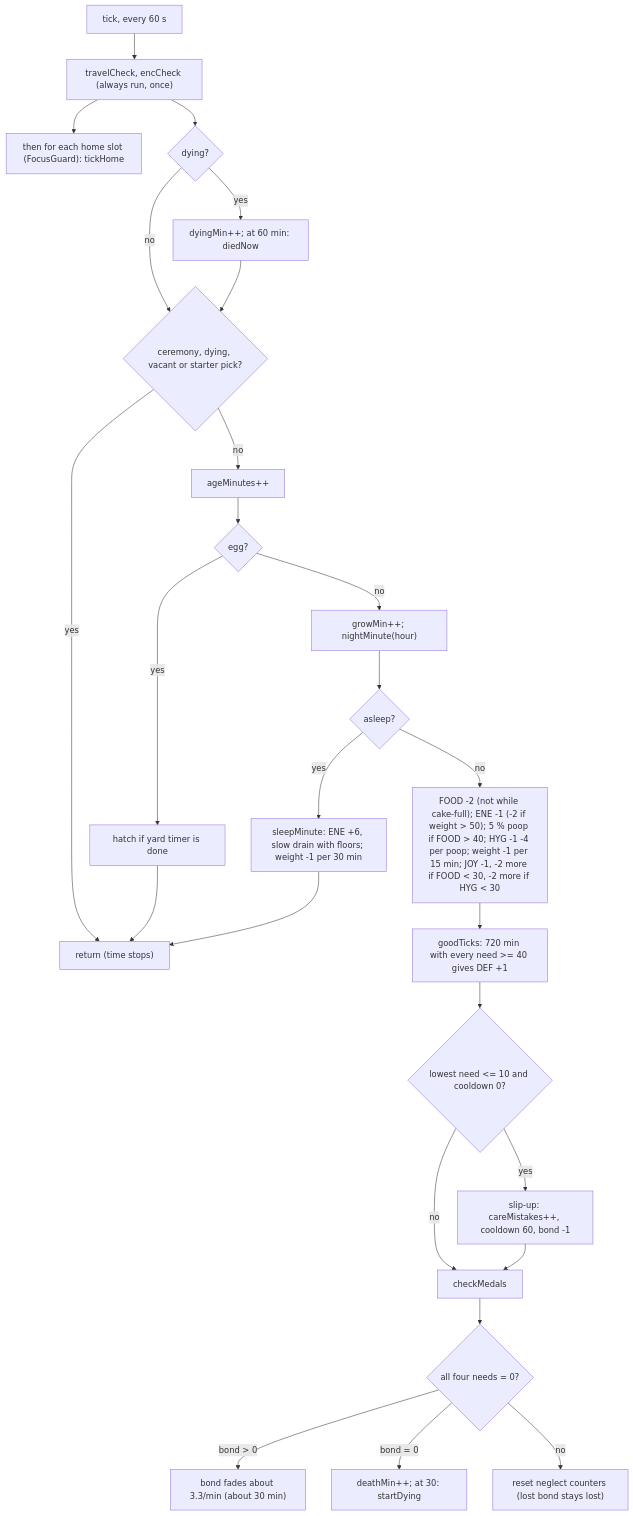
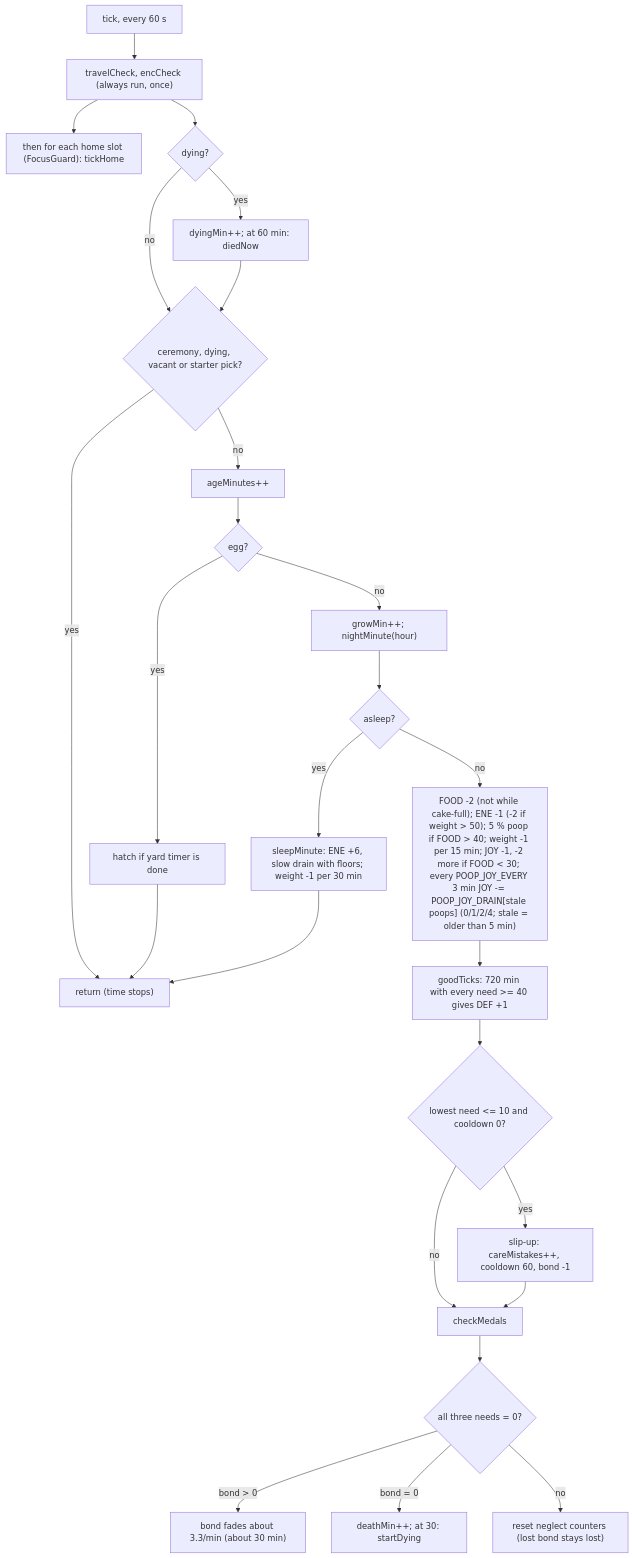
Before and after one commit to Ale-Cuevas/TamaPoke: the fourth of 11 diagrams in docs/GAME_LOGIC.md, drawn with Mermaid. The commit also changed other lines of this file and 23 other files, not shown here.

First line of the commit message:
v3.1: no hygiene, old poops drain JOY, the waterfall clears poops

````diff
--- a/docs/GAME_LOGIC.md
+++ b/docs/GAME_LOGIC.md
@@ -387,26 +387,26 @@
 ```mermaid
 flowchart TD
   A["tick, every 60 s"] --> B["travelCheck, encCheck (always run, once)"]
   B --> B2["then for each home slot (FocusGuard): tickHome"]
   B --> C{"dying?"}
   C -- yes --> C1["dyingMin++; at 60 min: diedNow"]
   C -- no --> D
   C1 --> D{"ceremony, dying, vacant or starter pick?"}
   D -- yes --> Z["return (time stops)"]
   D -- no --> E["ageMinutes++"]
   E --> F{"egg?"}
   F -- yes --> F1["hatch if yard timer is done"] --> Z
   F -- no --> G["growMin++; nightMinute(hour)"]
   G --> H{"asleep?"}
   H -- yes --> H1["sleepMinute: ENE +6, slow drain with floors; weight -1 per 30 min"] --> Z
-  H -- no --> I["FOOD -2 (not while cake-full); ENE -1 (-2 if weight > 50); 5 % poop if FOOD > 40; HYG -1 -4 per poop; weight -1 per 15 min; JOY -1, -2 more if FOOD < 30, -2 more if HYG < 30"]
+  H -- no --> I["FOOD -2 (not while cake-full); ENE -1 (-2 if weight > 50); 5 % poop if FOOD > 40; weight -1 per 15 min; JOY -1, -2 more if FOOD < 30; every POOP_JOY_EVERY 3 min JOY -= POOP_JOY_DRAIN[stale poops] (0/1/2/4; stale = older than 5 min)"]
   I --> J["goodTicks: 720 min with every need >= 40 gives DEF +1"]
   J --> K{"lowest need <= 10 and cooldown 0?"}
   K -- yes --> K1["slip-up: careMistakes++, cooldown 60, bond -1"]
   K -- no --> L
   K1 --> L["checkMedals"]
-  L --> M{"all four needs = 0?"}
+  L --> M{"all three needs = 0?"}
   M -- "bond > 0" --> M1["bond fades about 3.3/min (about 30 min)"]
   M -- "bond = 0" --> M2["deathMin++; at 30: startDying"]
   M -- no --> M3["reset neglect counters (lost bond stays lost)"]
 ```
````
